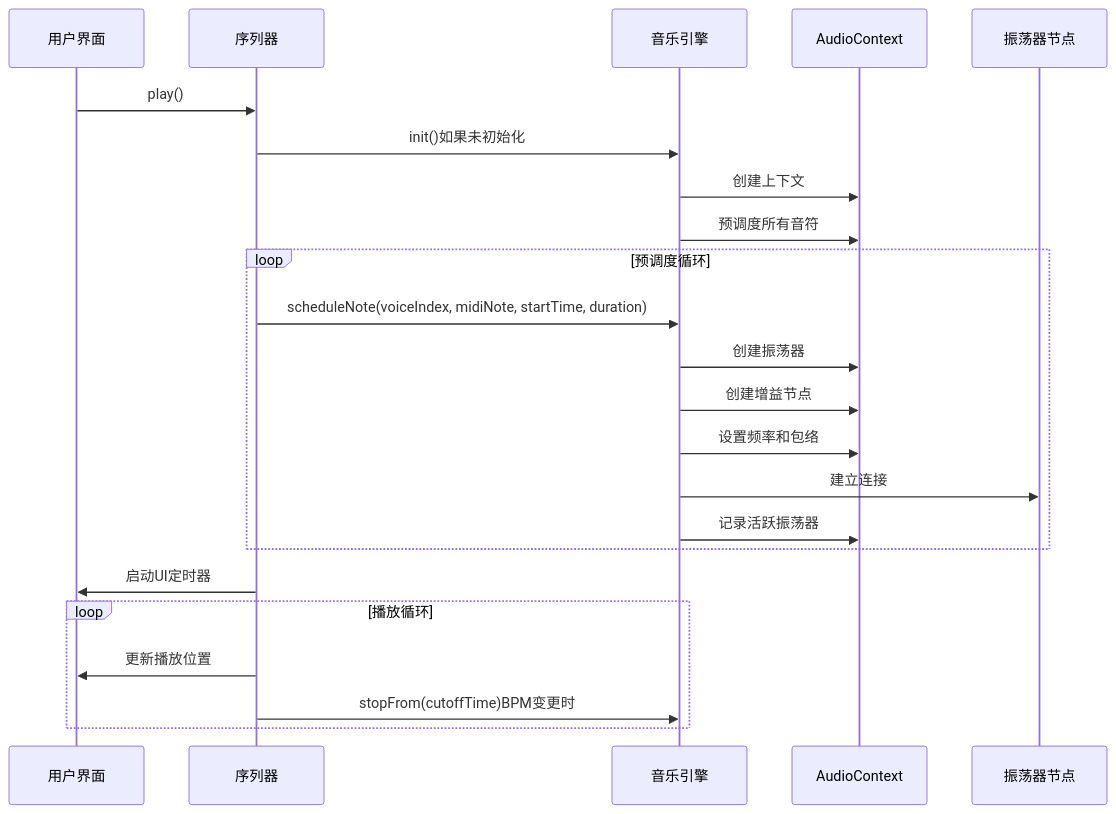
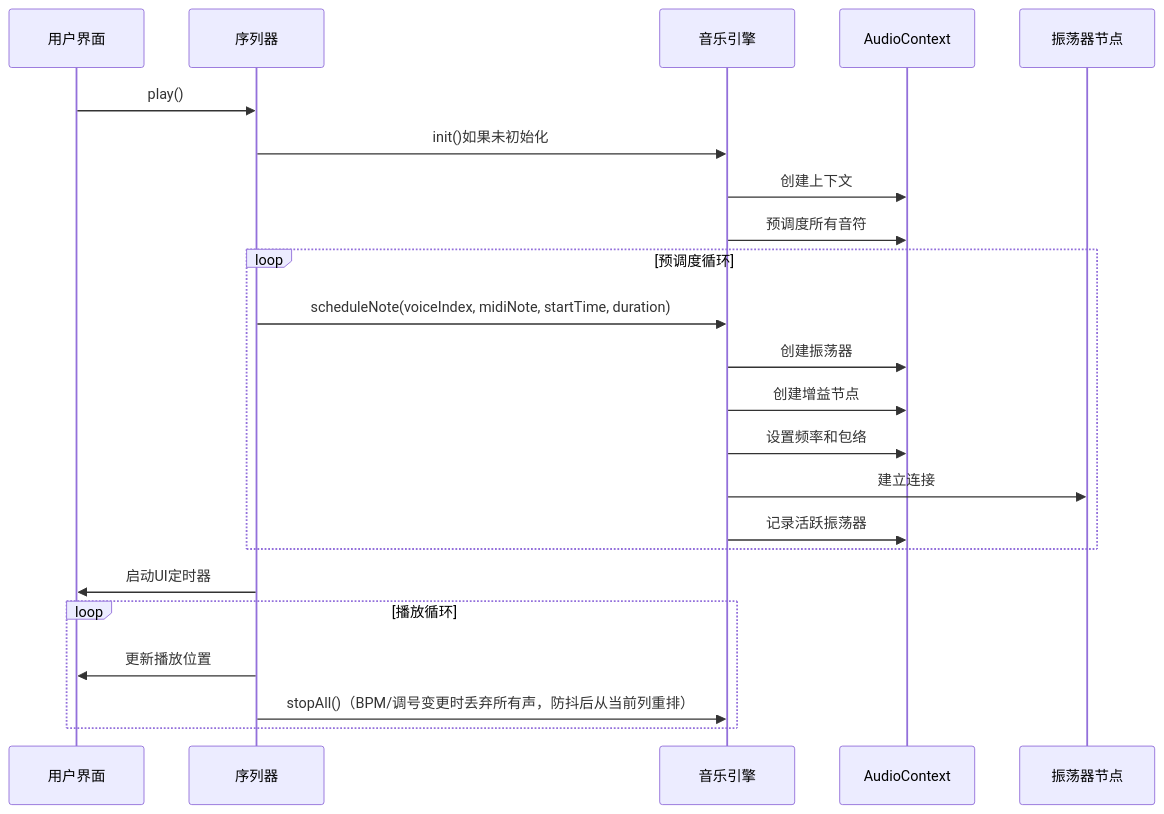
The seventh of 8 diagrams in wiki/音乐引擎核心/Web Audio API封装.md (wingmeng/SUBOR-Music-Board), drawn with Mermaid before and after one commit. The commit also changed 45 other files, not shown here.

````diff
--- a/wiki/音乐引擎核心/Web Audio API封装.md
+++ b/wiki/音乐引擎核心/Web Audio API封装.md
@@ -324,25 +324,25 @@
 ```mermaid
 sequenceDiagram
 participant UI as 用户界面
 participant Sequencer as 序列器
 participant Engine as 音乐引擎
 participant AudioContext as AudioContext
 participant Oscillators as 振荡器节点
 UI->>Sequencer : play()
 Sequencer->>Engine : init()如果未初始化
 Engine->>AudioContext : 创建上下文
 Engine->>AudioContext : 预调度所有音符
 loop 预调度循环
 Sequencer->>Engine : scheduleNote(voiceIndex, midiNote, startTime, duration)
 Engine->>AudioContext : 创建振荡器
 Engine->>AudioContext : 创建增益节点
 Engine->>AudioContext : 设置频率和包络
 Engine->>Oscillators : 建立连接
 Engine->>AudioContext : 记录活跃振荡器
 end
 Sequencer->>UI : 启动UI定时器
 loop 播放循环
 Sequencer->>UI : 更新播放位置
-Sequencer->>Engine : stopFrom(cutoffTime)BPM变更时
+Sequencer->>Engine : stopAll()（BPM/调号变更时丢弃所有声，防抖后从当前列重排）
 end
 ```
````
